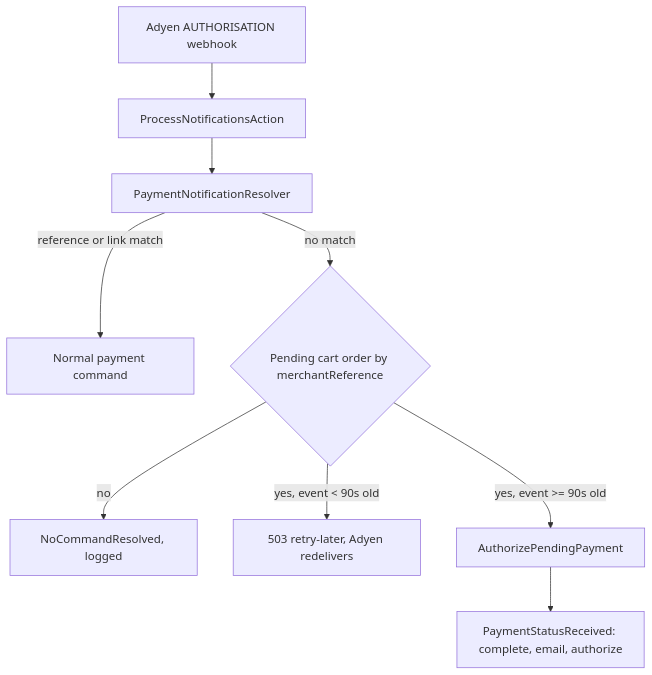
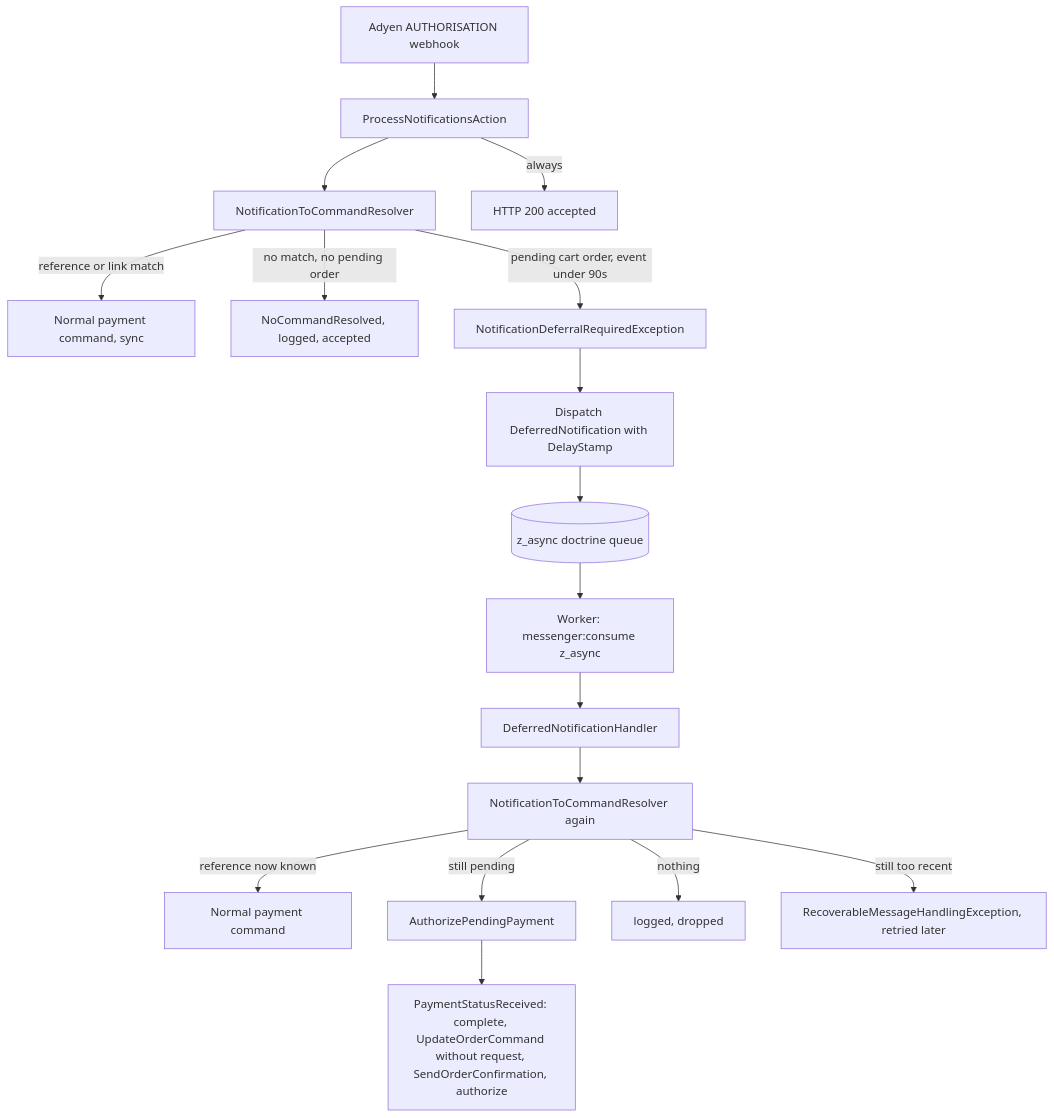
Before and after one commit to zangra-dev/AdyenPlugin: the diagram in docs/bancontact-pay-pending-payment-fallback.md, drawn with Mermaid. The commit also changed other lines of this file and 13 other files, not shown here.

Commit message:
ZN-1838 Introduce deferred notification handling with grace period and queuing mechanism.

````diff
--- a/docs/bancontact-pay-pending-payment-fallback.md
+++ b/docs/bancontact-pay-pending-payment-fallback.md
@@ -125,11 +161,19 @@
 ```mermaid
 graph TD
   A[Adyen AUTHORISATION webhook] --> B[ProcessNotificationsAction]
-  B --> C[PaymentNotificationResolver]
-  C -->|reference or link match| D[Normal payment command]
-  C -->|no match| E{Pending cart order by merchantReference}
-  E -->|no| F[NoCommandResolved, logged]
-  E -->|yes, event < 90s old| G[503 retry-later, Adyen redelivers]
-  E -->|yes, event >= 90s old| H[AuthorizePendingPayment]
-  H --> I[PaymentStatusReceived: complete, email, authorize]
+  B --> C[NotificationToCommandResolver]
+  C -->|reference or link match| D[Normal payment command, sync]
+  C -->|no match, no pending order| E[NoCommandResolved, logged, accepted]
+  C -->|pending cart order, event under 90s| F[NotificationDeferralRequiredException]
+  F --> G[Dispatch DeferredNotification with DelayStamp]
+  G --> H[(z_async doctrine queue)]
+  B -->|always| R[HTTP 200 accepted]
+  H --> W[Worker: messenger:consume z_async]
+  W --> X[DeferredNotificationHandler]
+  X --> C2[NotificationToCommandResolver again]
+  C2 -->|reference now known| D2[Normal payment command]
+  C2 -->|still pending| P[AuthorizePendingPayment]
+  P --> S[PaymentStatusReceived: complete, UpdateOrderCommand without request, SendOrderConfirmation, authorize]
+  C2 -->|nothing| L[logged, dropped]
+  C2 -->|still too recent| T[RecoverableMessageHandlingException, retried later]
 ```
````
